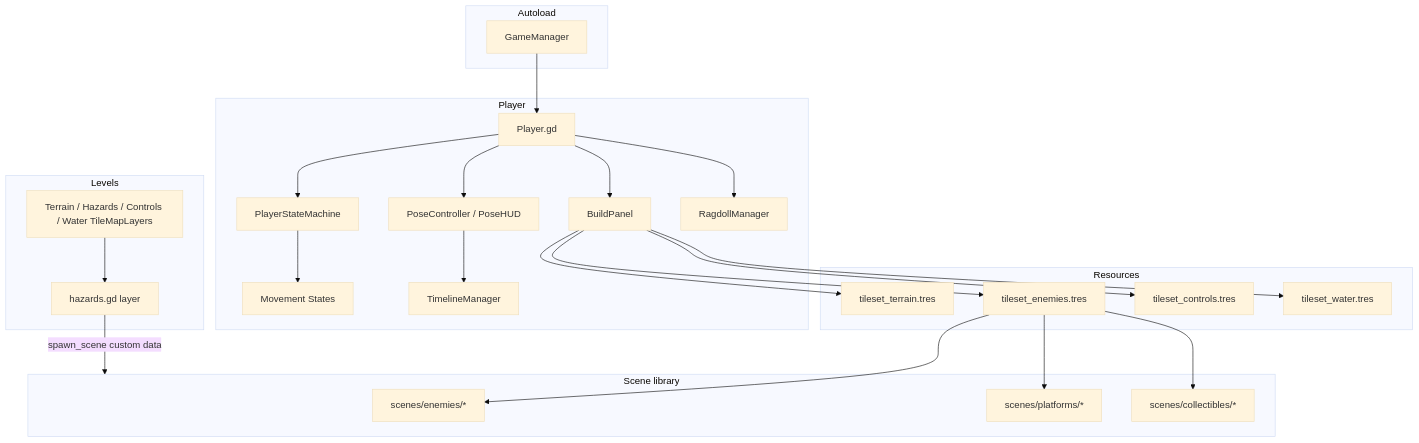
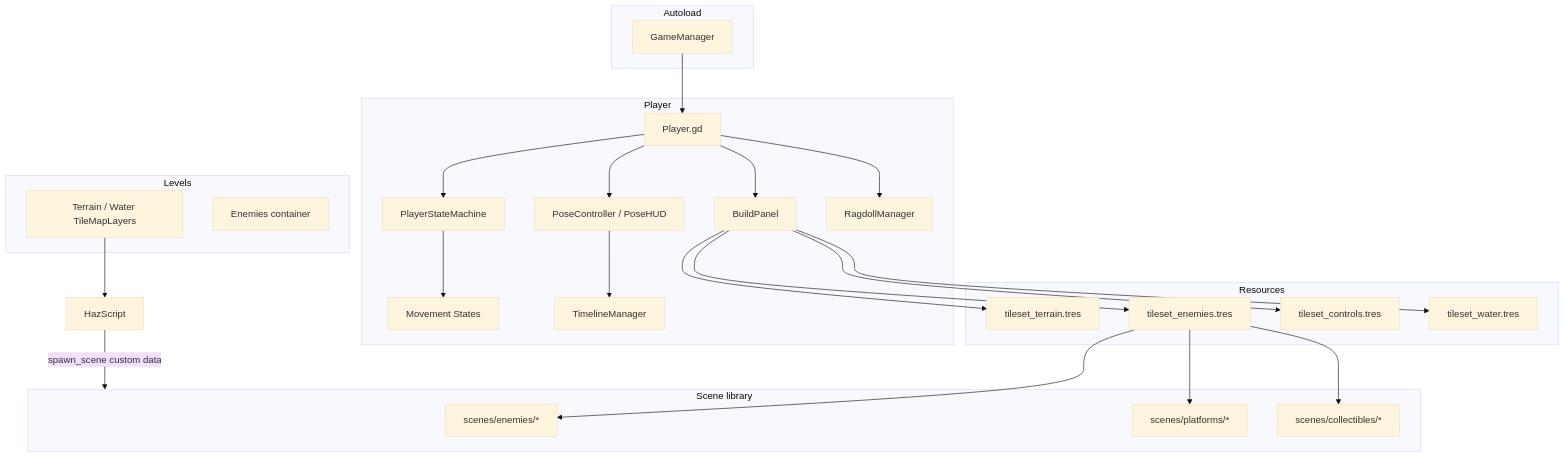
One commit to lupine-howl/masquerade changed the diagram in docs/ARCHITECTURE.md. Above: the diagram before and after it, drawn with Mermaid (base theme). The commit also changed other lines of this file and 18 other files, not shown here.

````diff
--- a/docs/ARCHITECTURE.md
+++ b/docs/ARCHITECTURE.md
@@ -7,49 +7,49 @@
 ```mermaid
 flowchart TB
   subgraph autoload [Autoload]
     GM[GameManager]
   end
 
   subgraph player_stack [Player]
     Player[Player.gd]
     SM[PlayerStateMachine]
     States[Movement States]
     Pose[PoseController / PoseHUD]
     Timeline[TimelineManager]
     Build[BuildPanel]
     Ragdoll[RagdollManager]
   end
 
   subgraph levels [Levels]
-    Layers[Terrain / Hazards / Controls / Water TileMapLayers]
-    HazScript[hazards.gd layer]
+    Layers[Terrain / Water TileMapLayers]
+    Entities[Enemies container]
   end
 
   subgraph resources [Resources]
     TS_T[tileset_terrain.tres]
     TS_E[tileset_enemies.tres]
     TS_C[tileset_controls.tres]
     TS_W[tileset_water.tres]
   end
 
   subgraph scenes_lib [Scene library]
     Enemies[scenes/enemies/*]
     Platforms[scenes/platforms/*]
     Collectibles[scenes/collectibles/*]
   end
 
   GM --> Player
   Player --> SM --> States
   Player --> Pose --> Timeline
   Player --> Build
   Player --> Ragdoll
   Build --> TS_T
   Build --> TS_E
   Build --> TS_C
   Build --> TS_W
   HazScript -->|"spawn_scene custom data"| scenes_lib
   TS_E --> Enemies
   TS_E --> Platforms
   TS_E --> Collectibles
   Layers --> HazScript
 ```
````
